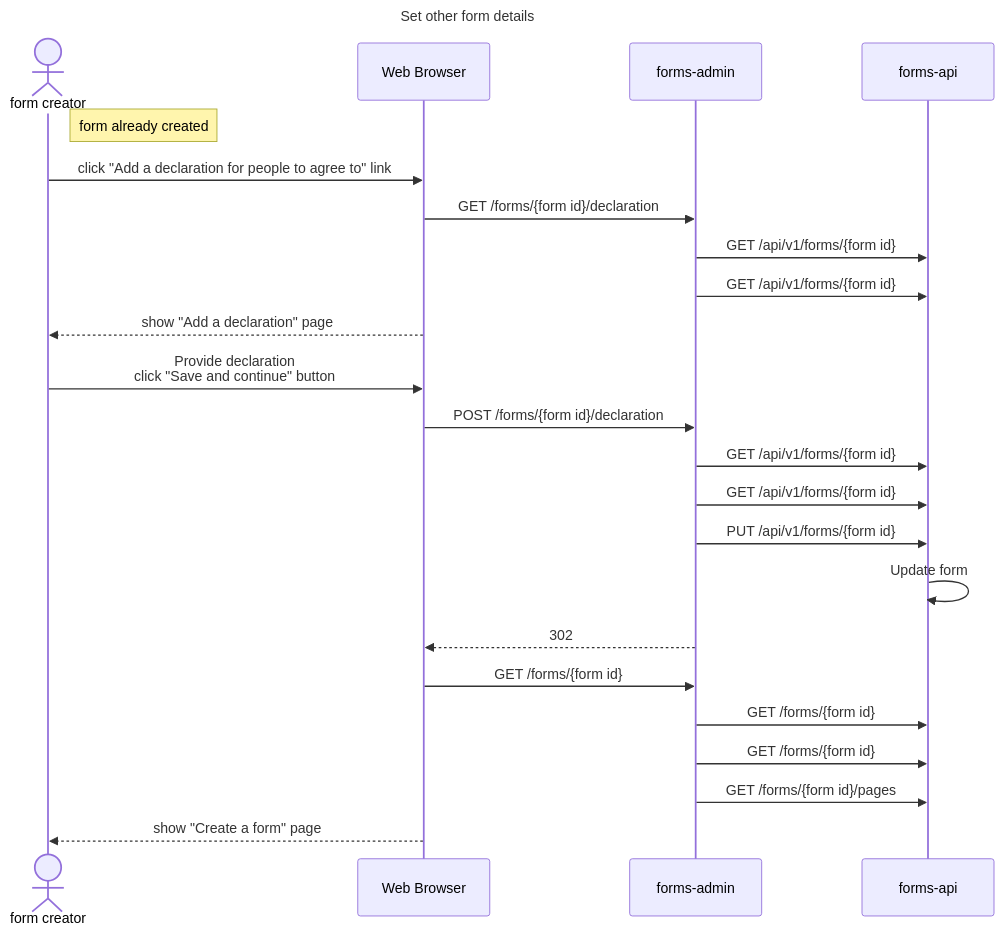
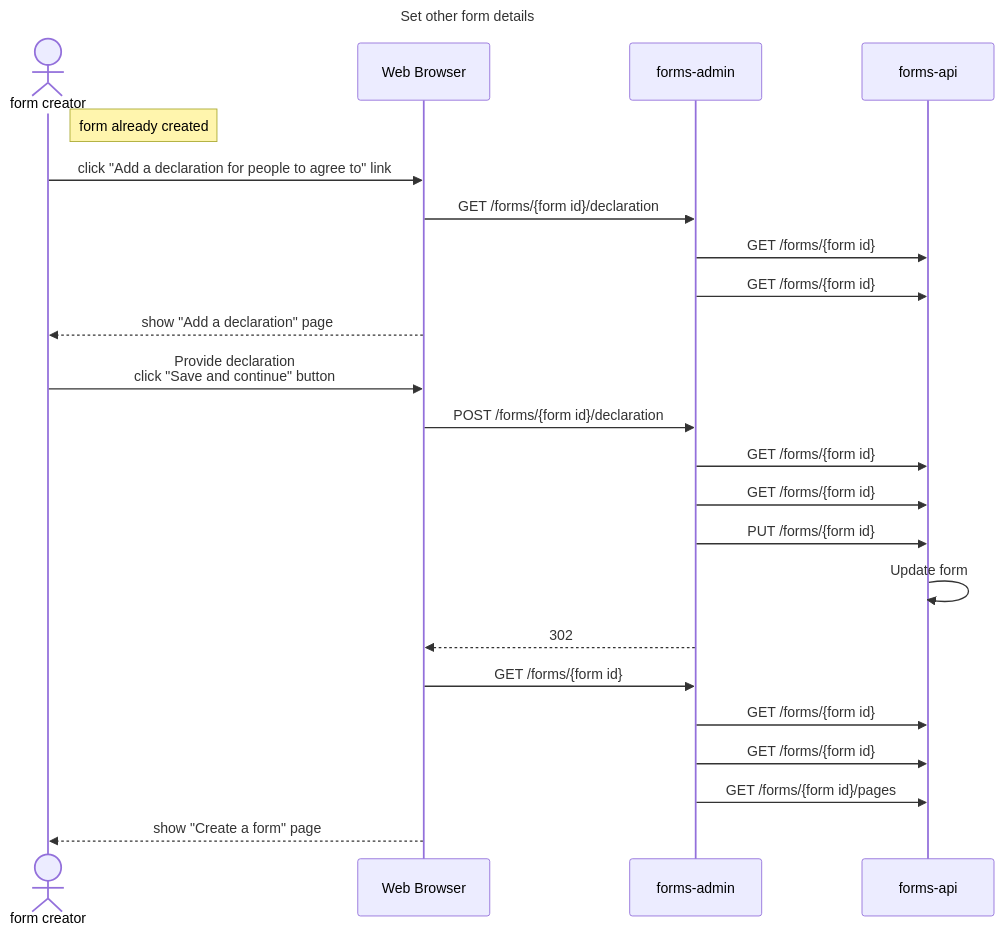
One commit to alphagov/forms changed the third of 4 diagrams in diagrams/sequence-diagrams/creating-a-form.md. Above: the diagram before and after it, drawn with Mermaid. The commit also changed other lines of this file, not shown here.

Commit message:
confirmation code sequence

````diff
--- a/diagrams/sequence-diagrams/creating-a-form.md
+++ b/diagrams/sequence-diagrams/creating-a-form.md
@@ -83,30 +83,30 @@
 ```mermaid
 sequenceDiagram
   title Set other form details
   actor user as form creator
   participant browser as Web Browser
   participant admin as forms-admin
   link admin: GitHub repo @ https://github.com/alphagov/forms-admin
   participant api as forms-api
   link api: GitHub repo @ https://github.com/alphagov/forms-api
 
   note right of user: form already created
 
   user->>browser: click "Add a declaration for people to agree to" link
   browser->>admin: GET /forms/{form id}/declaration
-  admin->>api: GET /api/v1/forms/{form id}
-  admin->>api: GET /api/v1/forms/{form id}
+  admin->>api: GET /forms/{form id}
+  admin->>api: GET /forms/{form id}
   browser-->>user: show "Add a declaration" page
   user->>browser: Provide declaration<br />click "Save and continue" button
   browser->>admin: POST /forms/{form id}/declaration
-  admin->>api: GET /api/v1/forms/{form id}
-  admin->>api: GET /api/v1/forms/{form id}
-  admin->>api: PUT /api/v1/forms/{form id}
+  admin->>api: GET /forms/{form id}
+  admin->>api: GET /forms/{form id}
+  admin->>api: PUT /forms/{form id}
   api->>api: Update form
   admin-->>browser: 302
   browser->>admin: GET /forms/{form id}
   admin->>api: GET /forms/{form id}
   admin->>api: GET /forms/{form id}
   admin->>api: GET /forms/{form id}/pages
   browser-->>user: show "Create a form" page
 ```
````
